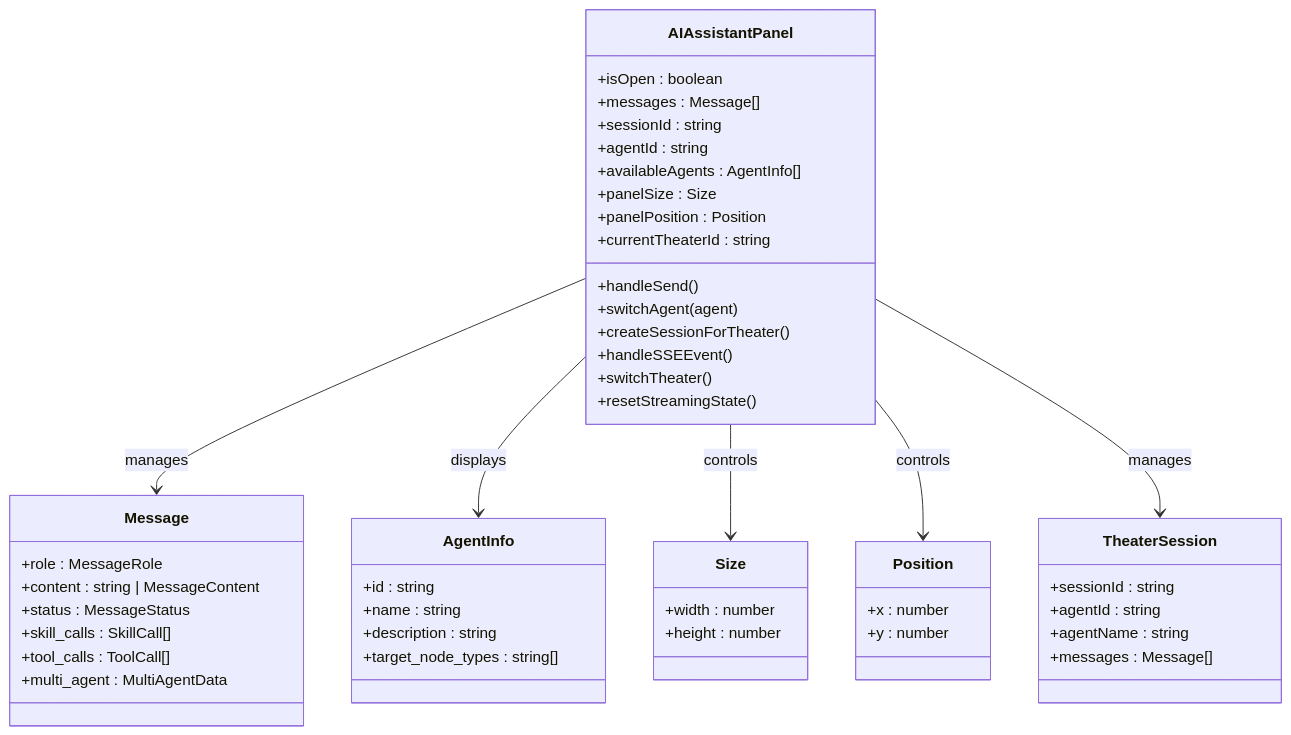
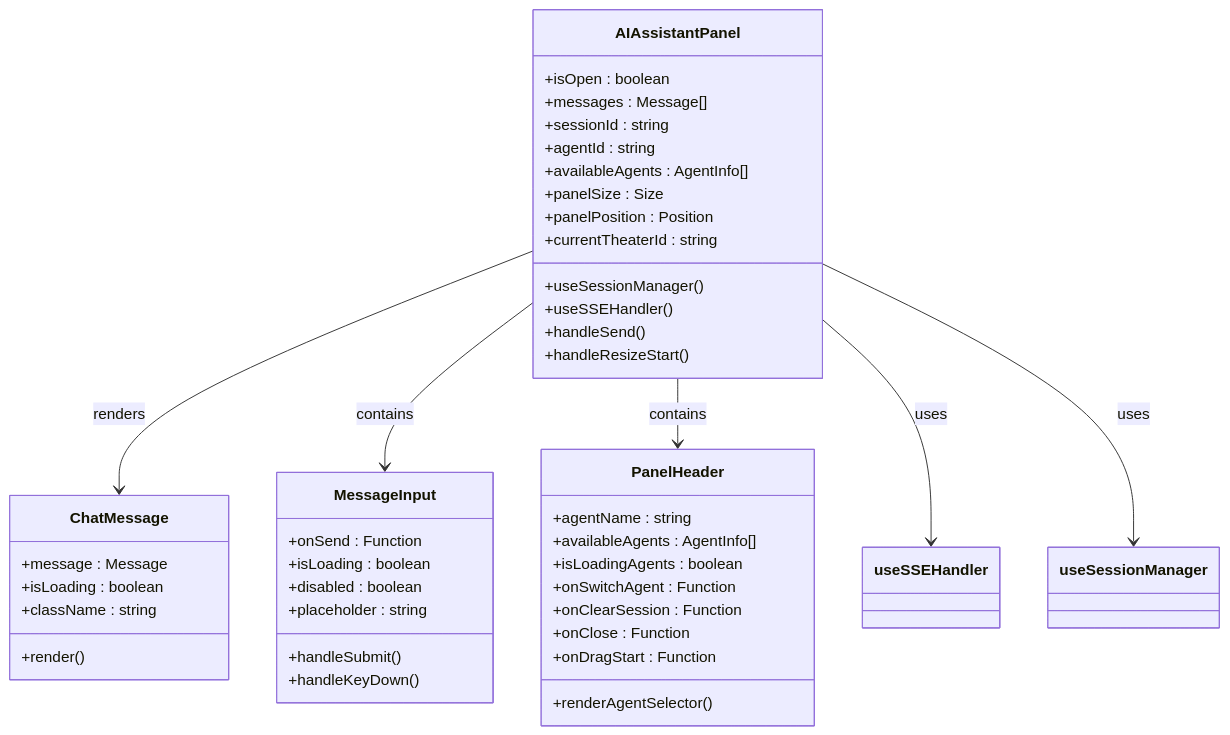
One commit to KunLabAI/KunFlix changed the second of 16 diagrams in .qoder/repowiki/zh/content/前端开发指南/AI助手面板增强.md. Above: the diagram before and after it, drawn with Mermaid. The commit also changed other lines of this file and 12 other files, not shown here.

````diff
--- a/.qoder/repowiki/zh/content/前端开发指南/AI助手面板增强.md
+++ b/.qoder/repowiki/zh/content/前端开发指南/AI助手面板增强.md
@@ -109,52 +115,46 @@
 ```mermaid
 classDiagram
 class AIAssistantPanel {
 +isOpen : boolean
 +messages : Message[]
 +sessionId : string
 +agentId : string
 +availableAgents : AgentInfo[]
 +panelSize : Size
 +panelPosition : Position
 +currentTheaterId : string
++useSessionManager()
++useSSEHandler()
 +handleSend()
-+switchAgent(agent)
-+createSessionForTheater()
-+handleSSEEvent()
-+switchTheater()
-+resetStreamingState()
++handleResizeStart()
 }
-class Message {
-+role : MessageRole
-+content : string | MessageContent
-+status : MessageStatus
-+skill_calls : SkillCall[]
-+tool_calls : ToolCall[]
-+multi_agent : MultiAgentData
+class ChatMessage {
++message : Message
++isLoading : boolean
++className : string
++render()
 }
-class AgentInfo {
-+id : string
-+name : string
-+description : string
-+target_node_types : string[]
+class MessageInput {
++onSend : Function
++isLoading : boolean
++disabled : boolean
++placeholder : string
++handleSubmit()
++handleKeyDown()
 }
-class Size {
-+width : number
-+height : number
+class PanelHeader {
++agentName : string
++availableAgents : AgentInfo[]
++isLoadingAgents : boolean
++onSwitchAgent : Function
++onClearSession : Function
++onClose : Function
++onDragStart : Function
++renderAgentSelector()
 }
-class Position {
-+x : number
-+y : number
-}
-class TheaterSession {
-+sessionId : string
-+agentId : string
-+agentName : string
-+messages : Message[]
-}
-AIAssistantPanel --> Message : manages
-AIAssistantPanel --> AgentInfo : displays
-AIAssistantPanel --> Size : controls
-AIAssistantPanel --> Position : controls
-AIAssistantPanel --> TheaterSession : manages
+AIAssistantPanel --> ChatMessage : renders
+AIAssistantPanel --> MessageInput : contains
+AIAssistantPanel --> PanelHeader : contains
+AIAssistantPanel --> useSSEHandler : uses
+AIAssistantPanel --> useSessionManager : uses
 ```
````
